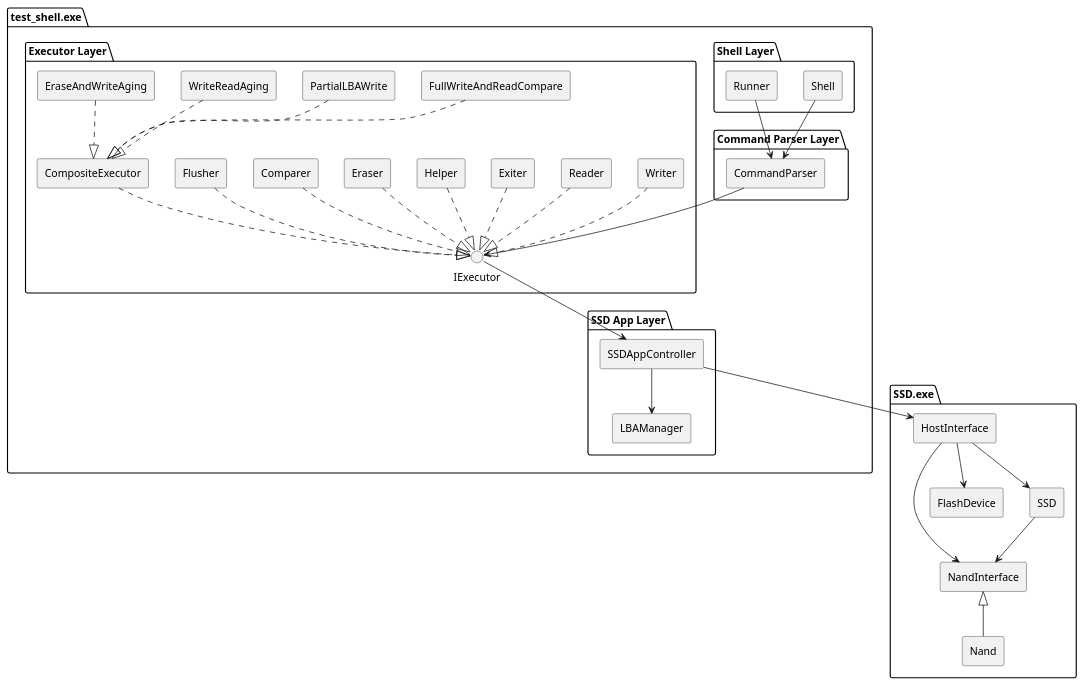
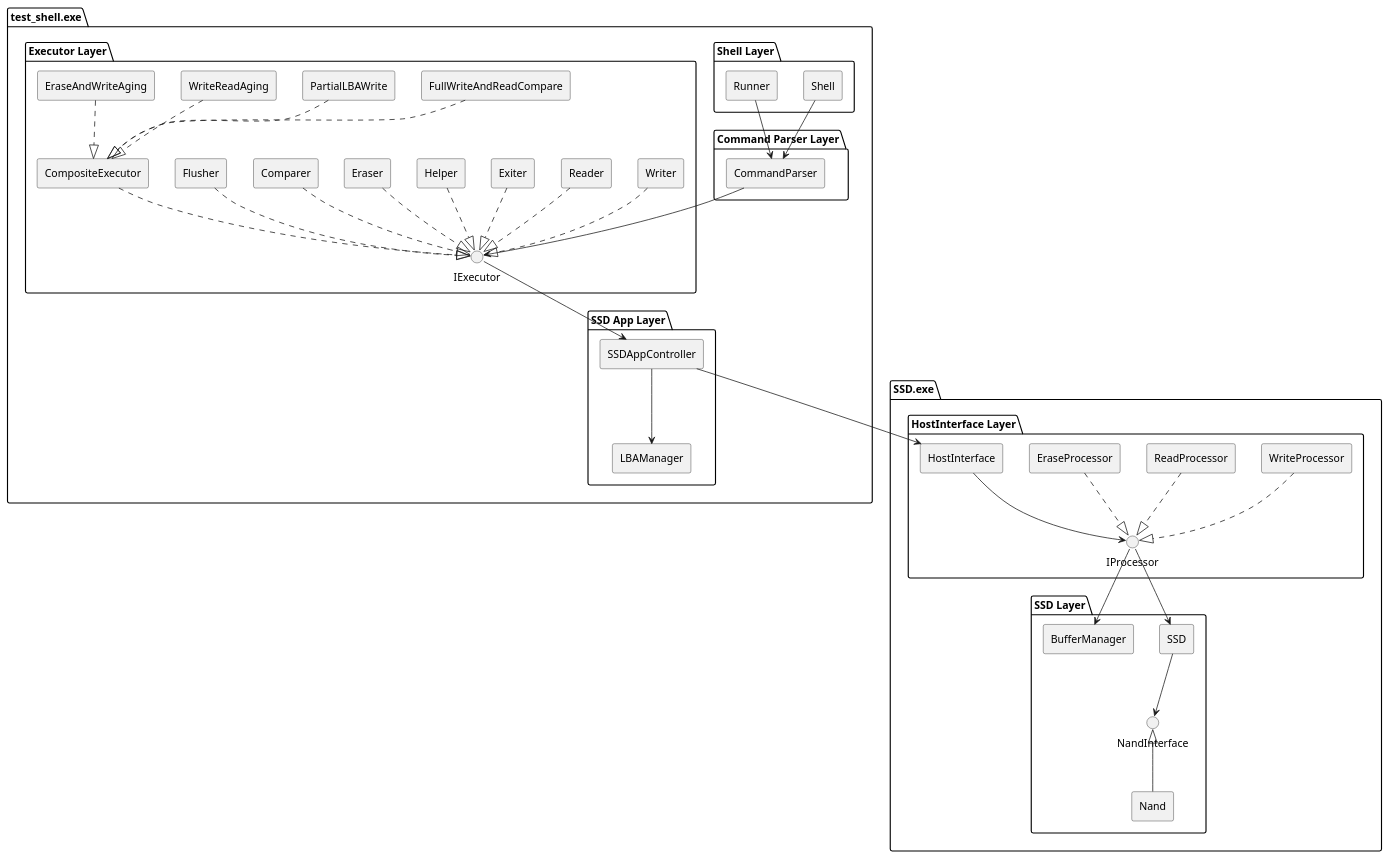
Before and after one commit to Kim-Beomjin/CCC-SSDProject: the diagram in README.md, drawn with PlantUML. The commit also changed other lines of this file, not shown here.

```diff
--- a/README.md
+++ b/README.md
@@ -59,20 +60,37 @@
 }
 
 package "SSD.exe" {
-  component HostInterface
-  component FlashDevice
 
-  component SSD
-  component NandInterface
-  component Nand
+  package "HostInterface Layer" {
+    interface IProcessor
+    component WriteProcessor
+    component ReadProcessor
+    component EraseProcessor
+    component HostInterface
+  }
 
+  package "SSD Layer" {
+    component SSD
+    interface NandInterface
+    component Nand
+    component BufferManager
+  }
+
+  ' 내부 클래스 관계
   SSD --> NandInterface
   Nand -up-|> NandInterface
-  HostInterface--> SSD
-  HostInterface--> NandInterface
+  HostInterface --> IProcessor
+
+  ' Processor 계층 관계
+  WriteProcessor ..|> IProcessor
+  ReadProcessor ..|> IProcessor
+  EraseProcessor ..|> IProcessor
+
+  IProcessor --> BufferManager
+  IProcessor --> SSD
 }
 
-' Layer 의존 관계
+' 실행파일 간 계층 의존 관계
 Shell --> CommandParser
 Runner --> CommandParser
 CommandParser --> IExecutor
@@ -94,5 +112,5 @@
 IExecutor --> SSDAppController
 SSDAppController --> HostInterface
 SSDAppController --> LBAManager
-HostInterface --> FlashDevice
+
 @enduml
```
